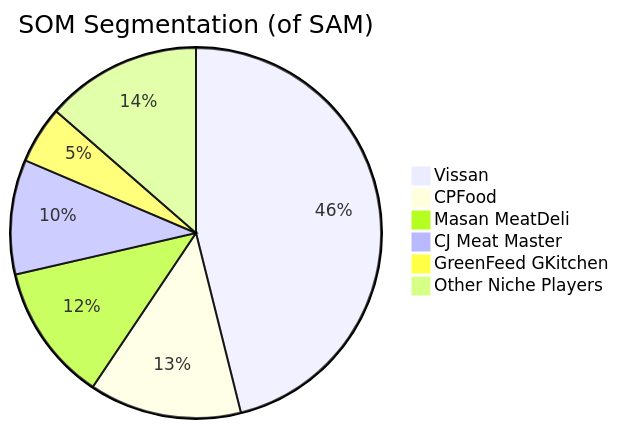
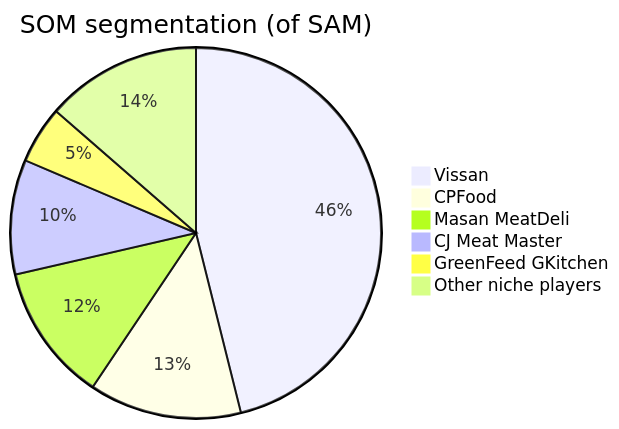
One commit to lotusk08/lotusk08.github.io changed the second of 2 diagrams in _posts/2025-04-26-vietnam-meat-market.md. Above: the diagram before and after it, drawn with Mermaid. The commit also changed other lines of this file, not shown here.

````diff
--- a/_posts/2025-04-26-vietnam-meat-market.md
+++ b/_posts/2025-04-26-vietnam-meat-market.md
@@ -51,9 +51,9 @@
 ```mermaid
-pie title SOM Segmentation (of SAM)
+pie title SOM segmentation (of SAM)
     "Vissan" : 46.1
     "CPFood" : 13.3
     "Masan MeatDeli" : 12
     "CJ Meat Master" : 10
     "GreenFeed GKitchen" : 5
-    "Other Niche Players" : 13.6
+    "Other niche players" : 13.6
 ```
````
